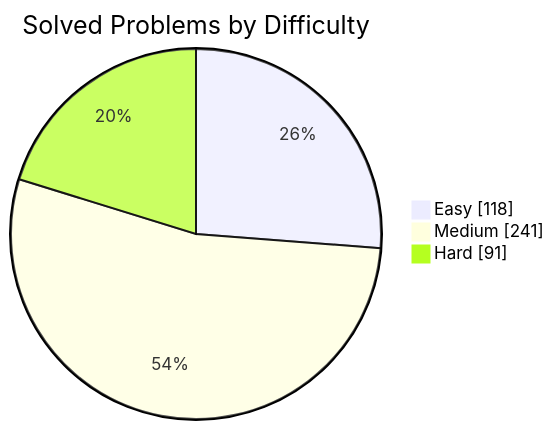
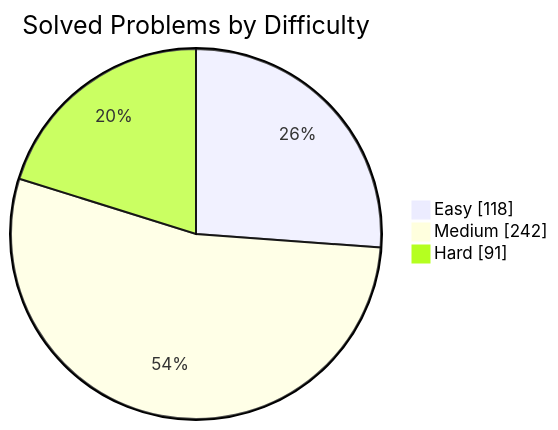
One commit to manikantbindass/DSA-Preparation-FAANG changed the first of 2 diagrams in README.md. Above: the diagram before and after it, drawn with Mermaid. The commit also changed other lines of this file and 1 other file, not shown here.

````diff
--- a/README.md
+++ b/README.md
@@ -77,7 +77,7 @@
 ```mermaid
 pie showData
     title Solved Problems by Difficulty
     "Easy" : 118
-    "Medium" : 241
+    "Medium" : 242
     "Hard" : 91
 ```
````
